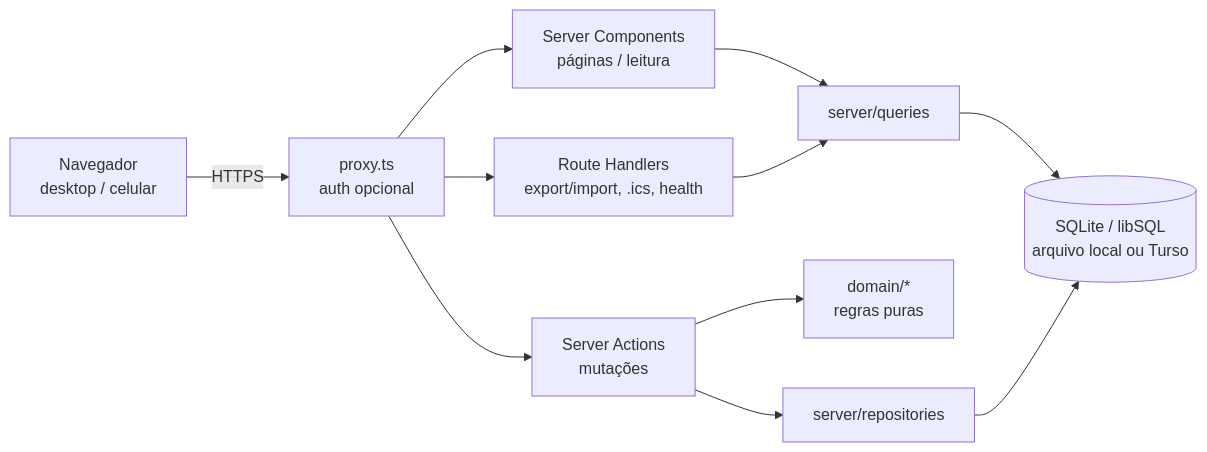
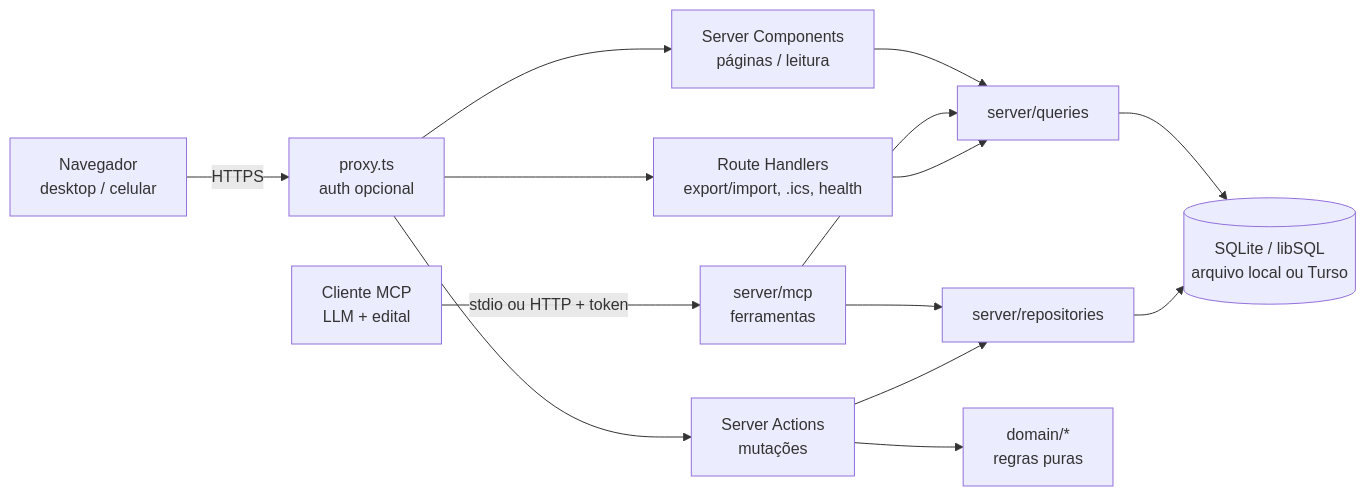
One commit to rkenjiak/concurso changed the first of 2 diagrams in docs/ARQUITETURA.md. Above: the diagram before and after it, drawn with Mermaid. The commit also changed other lines of this file and 31 other files, not shown here.

First line of the commit message:
feat(mcp): servidor MCP para cadastro e atualização a partir do edital

````diff
--- a/docs/ARQUITETURA.md
+++ b/docs/ARQUITETURA.md
@@ -35,13 +36,16 @@
 ```mermaid
 flowchart LR
   U[Navegador<br/>desktop / celular] -->|HTTPS| MW[proxy.ts<br/>auth opcional]
   MW --> RSC[Server Components<br/>páginas / leitura]
   MW --> SA[Server Actions<br/>mutações]
   MW --> RH[Route Handlers<br/>export/import, .ics, health]
+  LLM[Cliente MCP<br/>LLM + edital] -->|stdio ou HTTP + token| MCP[server/mcp<br/>ferramentas]
   RSC --> Q[server/queries]
+  MCP --> Q
+  MCP --> R
   SA --> D[domain/*<br/>regras puras]
   SA --> R[server/repositories]
   Q --> DB[(SQLite / libSQL<br/>arquivo local ou Turso)]
   R --> DB
   RH --> Q
 ```
````
